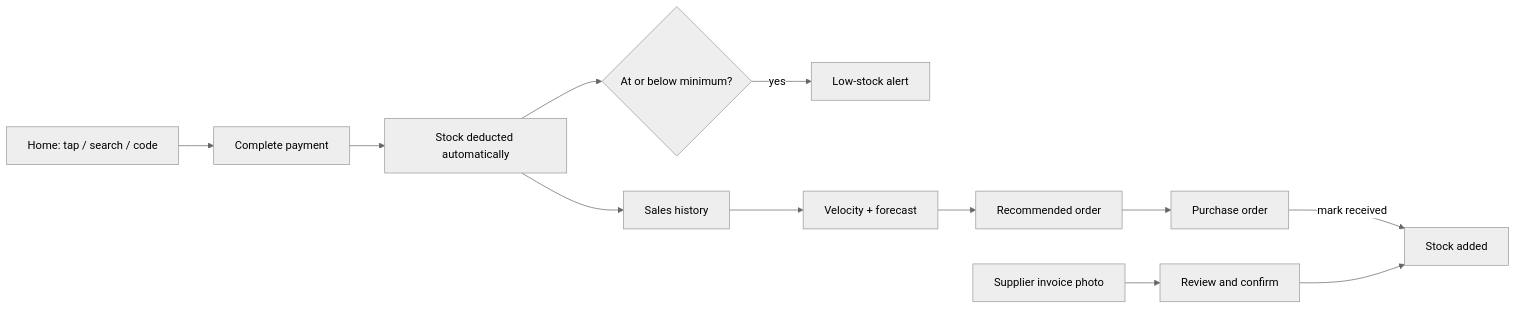
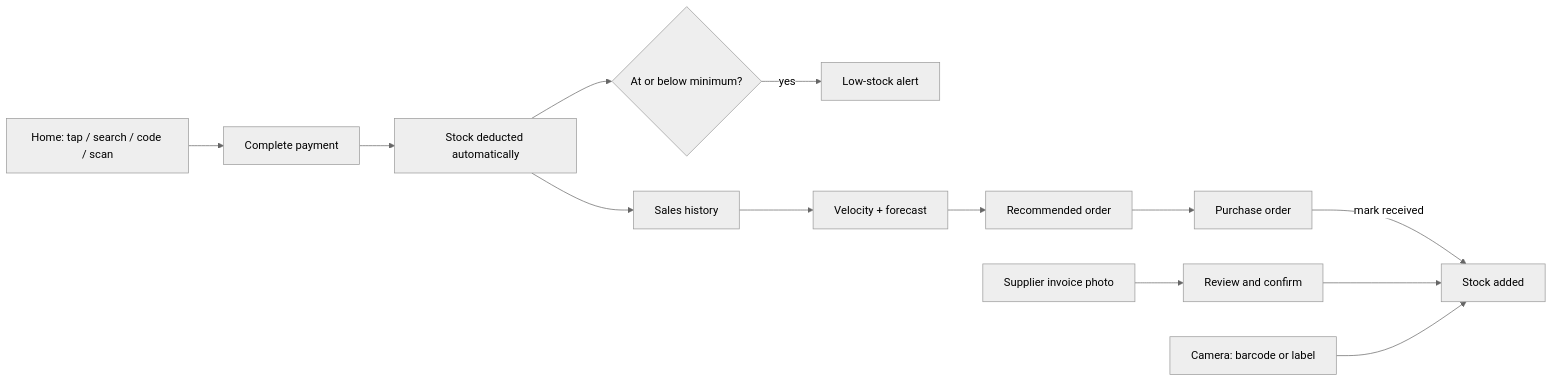
The diagram in README.md (Avaneendhra/retail-pro-prototype), drawn with Mermaid (neutral theme) before and after one commit. The commit also changed other lines of this file and 9 other files, not shown here.

````diff
--- a/README.md
+++ b/README.md
@@ -42,13 +42,14 @@
 ```mermaid
 flowchart LR
-    A[Home: tap / search / code] --> B[Complete payment]
+    A[Home: tap / search / code / scan] --> B[Complete payment]
     B --> C[Stock deducted automatically]
     C --> D{At or below minimum?}
     D -->|yes| E[Low-stock alert]
     C --> F[Sales history]
     F --> G[Velocity + forecast]
     G --> H[Recommended order]
     H --> I[Purchase order]
     I -->|mark received| J[Stock added]
     K[Supplier invoice photo] --> L[Review and confirm] --> J
+    M[Camera: barcode or label] --> J
 ```
````
